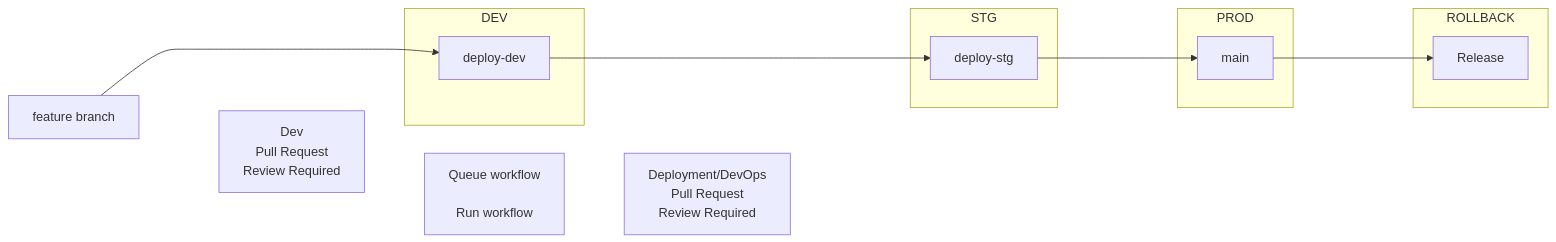
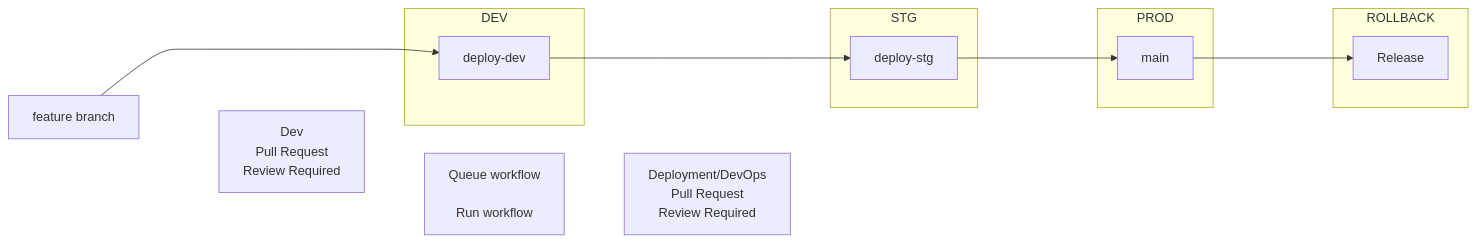
The diagram in Gates-Workflow.md (fritzramos-gf/Workflows), drawn with Mermaid before and after one commit.

````diff
--- a/Gates-Workflow.md
+++ b/Gates-Workflow.md
@@ -1,35 +1,35 @@
 ```mermaid
 flowchart LR
     A[feature branch] ----> B
     A ~~~ C["Dev\nPull Request\nReview Required"]
     C ~~~ B
     subgraph DEV
         B[deploy-dev]
     end
      C ~~~ G["Queue workflow
         \nRun workflow"]
 
-    B -----> D
+    B ---> D
     G ~~~ H["Deployment/DevOps\nPull Request\nReview Required"]
     subgraph STG
         D[deploy-stg]
     end
     D ----> E
     subgraph PROD
         E[main]
     end
     E ----> F
     subgraph ROLLBACK
         F[Release]
     end
 
 
 
 
 
 
 
 
 
 
 ```
````
